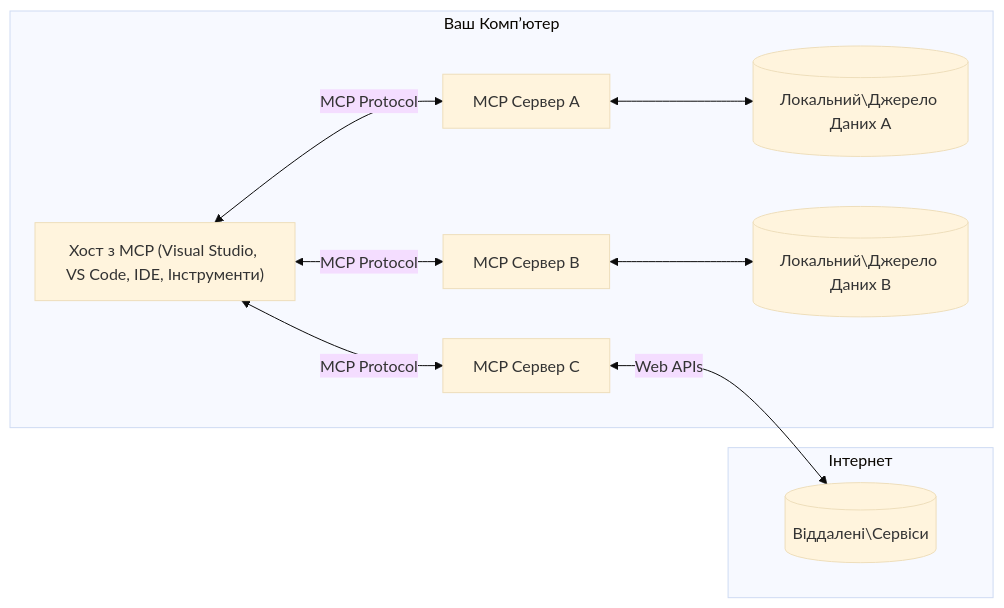
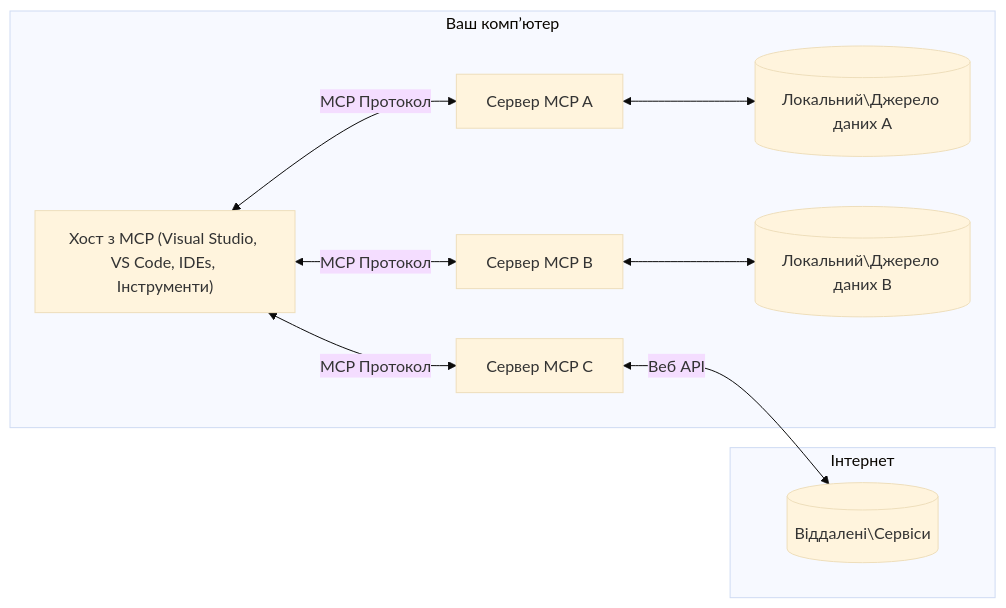
Before and after one commit to Mu-L/mcp-for-beginners: the diagram in translations/uk/01-CoreConcepts/README.md, drawn with Mermaid (base theme). The commit also changed other lines of this file and 110 other files, not shown here.

````diff
--- a/translations/uk/01-CoreConcepts/README.md
+++ b/translations/uk/01-CoreConcepts/README.md
@@ -45,17 +45,17 @@
 ```mermaid
 flowchart LR
-    subgraph "Ваш Комп’ютер"
-        Host["Хост з MCP (Visual Studio, VS Code, IDE, Інструменти)"]
-        S1["MCP Сервер A"]
-        S2["MCP Сервер B"]
-        S3["MCP Сервер C"]
-        Host <-->|"MCP Protocol"| S1
-        Host <-->|"MCP Protocol"| S2
-        Host <-->|"MCP Protocol"| S3
-        S1 <--> D1[("Локальний\Джерело Даних A")]
-        S2 <--> D2[("Локальний\Джерело Даних B")]
+    subgraph "Ваш комп’ютер"
+        Host["Хост з MCP (Visual Studio, VS Code, IDEs, Інструменти)"]
+        S1["Сервер MCP A"]
+        S2["Сервер MCP B"]
+        S3["Сервер MCP C"]
+        Host <-->|"MCP Протокол"| S1
+        Host <-->|"MCP Протокол"| S2
+        Host <-->|"MCP Протокол"| S3
+        S1 <--> D1[("Локальний\Джерело даних A")]
+        S2 <--> D2[("Локальний\Джерело даних B")]
     end
     subgraph "Інтернет"
-        S3 <-->|"Web APIs"| D3[("Віддалені\Сервіси")]
+        S3 <-->|"Веб API"| D3[("Віддалені\Сервіси")]
     end
 ```
````
